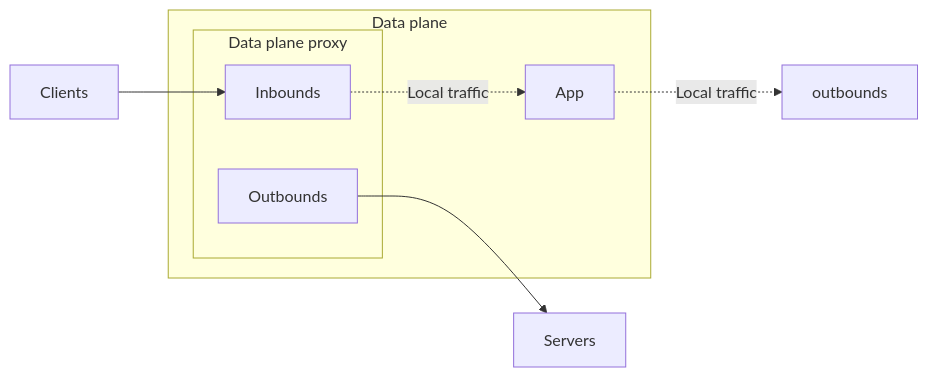
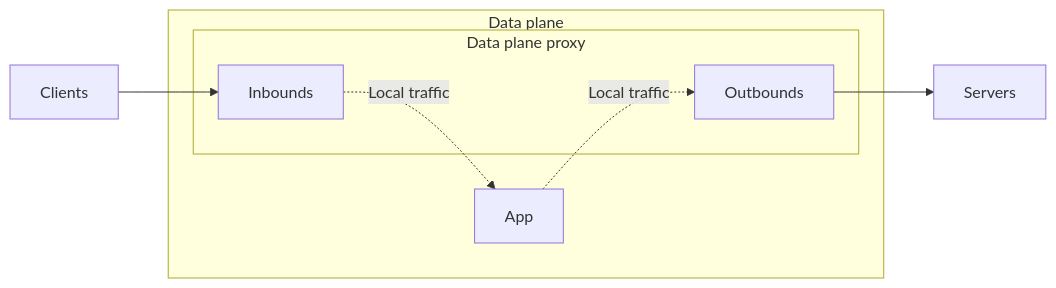
The diagram in app/mesh/concepts.md (Kong/developer.konghq.com), drawn with Mermaid before and after one commit. The commit also changed other lines of this file, not shown here.

Commit message:
Apply suggestions from code review

```diff
--- a/app/mesh/concepts.md
+++ b/app/mesh/concepts.md
@@ -61,21 +61,21 @@
 {% mermaid %}
 
 flowchart LR
 Clients
 Servers
 
 subgraph Data plane
 App
 subgraph Data plane proxy
 Inbounds
 Outbounds
 end
 end
 
 Inbounds -.Local traffic.-> App
-App -.Local traffic.-> outbounds
+App -.Local traffic.-> Outbounds
 
 Clients --> Inbounds
 Outbounds --> Servers
 
 {% endmermaid %}
```
